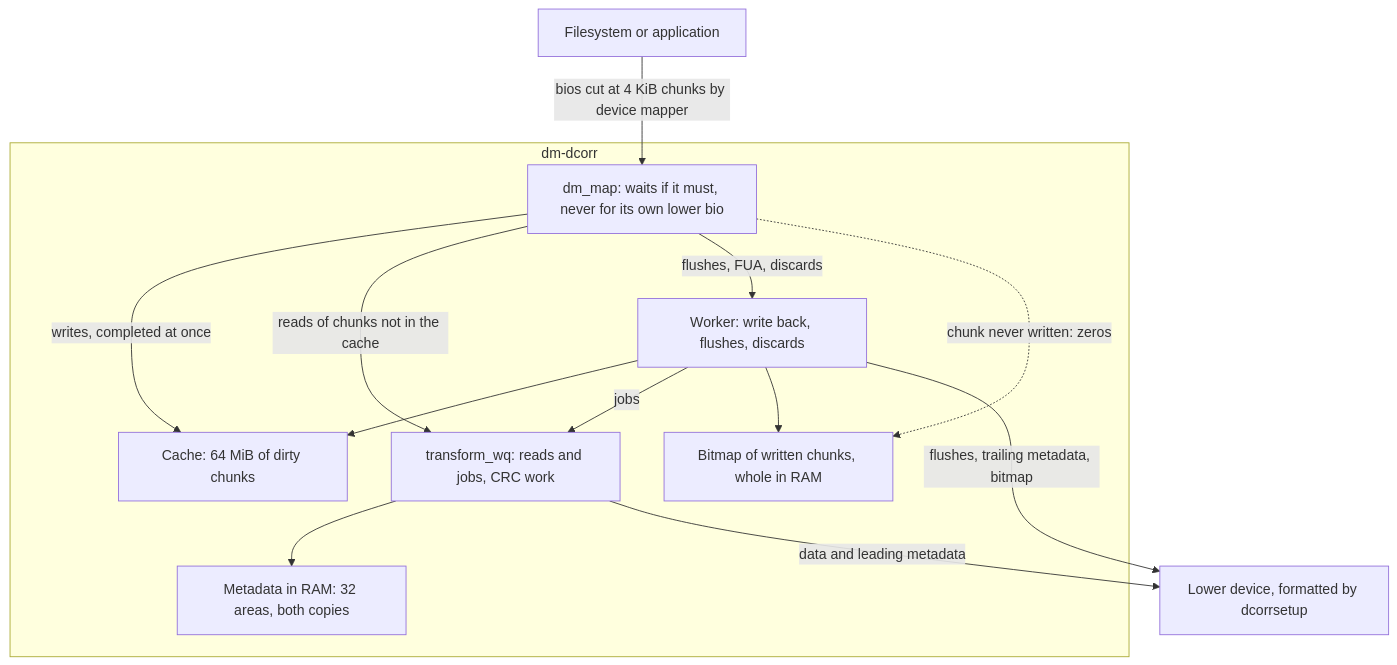
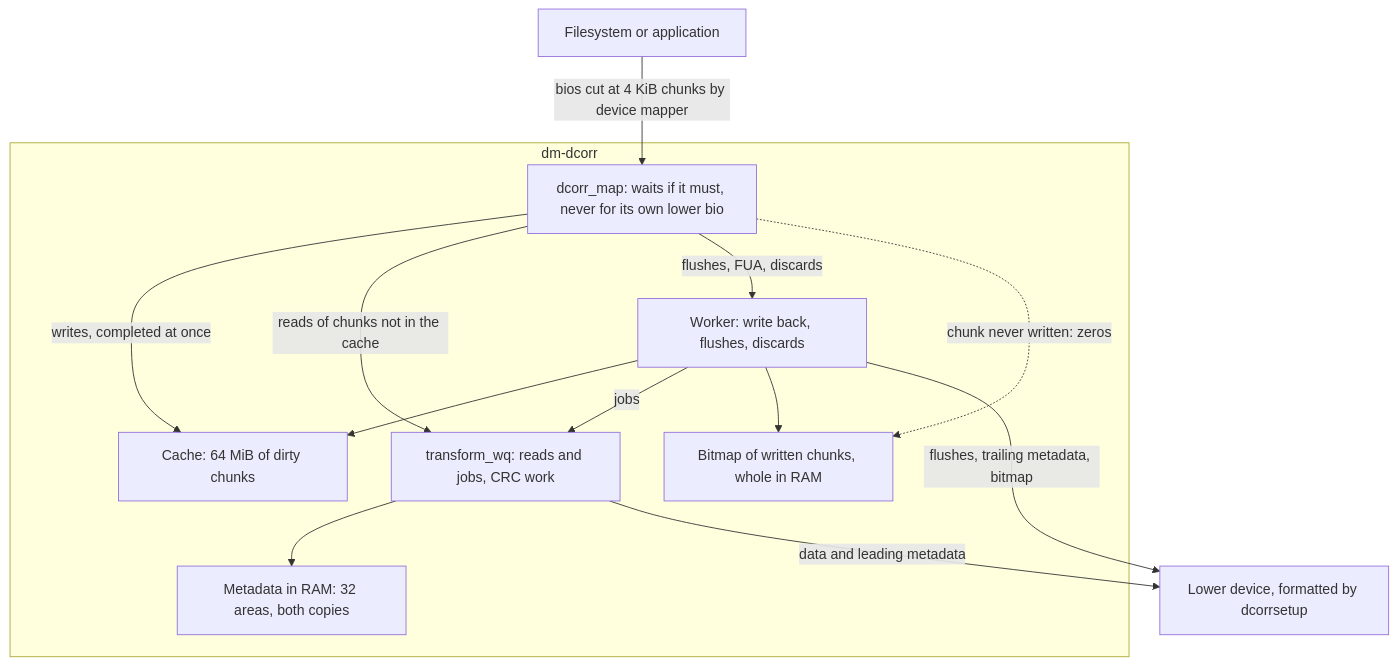
The first of 22 diagrams in docs/en/DIAGRAMS.md (Dx-by-Dy/Automatic-Error-Correction-Driver), drawn with Mermaid before and after one commit. The commit also changed other lines of this file and 43 other files, not shown here.

````diff
--- a/docs/en/DIAGRAMS.md
+++ b/docs/en/DIAGRAMS.md
@@ -10,24 +10,24 @@
 ```mermaid
 flowchart TB
     fs["Filesystem or application"]
     subgraph driver["dm-dcorr"]
-        map["dm_map: waits if it must, never for its own lower bio"]
+        map["dcorr_map: waits if it must, never for its own lower bio"]
         cache["Cache: 64 MiB of dirty chunks"]
         worker["Worker: write back, flushes, discards"]
         meta["Metadata in RAM: 32 areas, both copies"]
         bitmap["Bitmap of written chunks, whole in RAM"]
         parts["transform_wq: reads and jobs, CRC work"]
     end
     lower["Lower device, formatted by dcorrsetup"]
     fs -- "bios cut at 4 KiB chunks by device mapper" --> map
     map -- "writes, completed at once" --> cache
     map -- "reads of chunks not in the cache" --> parts
     map -- "flushes, FUA, discards" --> worker
     worker --> cache
     worker -- "jobs" --> parts
     parts --> meta
     worker --> bitmap
     map -. "chunk never written: zeros" .-> bitmap
     parts -- "data and leading metadata" --> lower
     worker -- "flushes, trailing metadata, bitmap" --> lower
 ```
````
